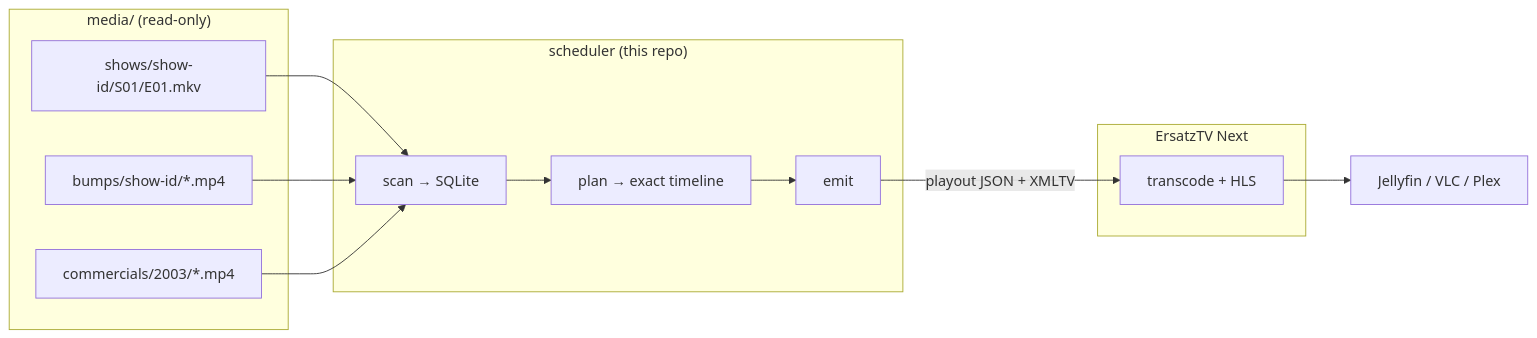
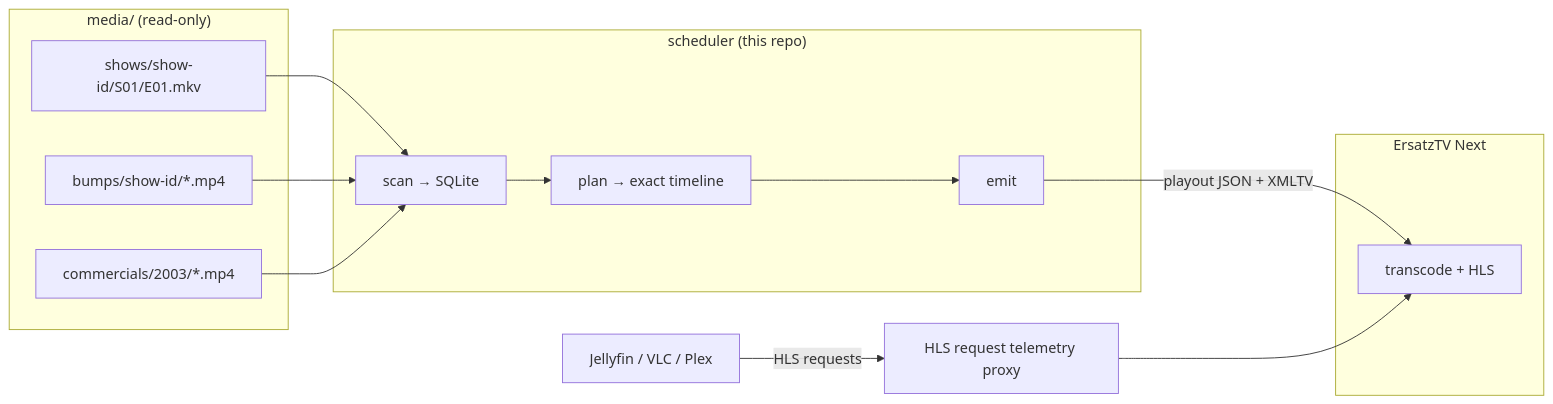
Before and after one commit to dooz-bag/nostalgia-machine: the diagram in README.md, drawn with Mermaid. The commit also changed other lines of this file and 13 other files, not shown here.

````diff
--- a/README.md
+++ b/README.md
@@ -19,18 +19,19 @@
 ```mermaid
 flowchart LR
   subgraph media["media/ (read-only)"]
     S["shows/show-id/S01/E01.mkv"]
     B["bumps/show-id/*.mp4"]
     C["commercials/2003/*.mp4"]
   end
   subgraph sched["scheduler (this repo)"]
     SCAN["scan → SQLite"] --> PLAN["plan → exact timeline"]
     PLAN --> EMIT["emit"]
   end
   subgraph play["ErsatzTV Next"]
     ETV["transcode + HLS"]
   end
+  TELEMETRY["HLS request telemetry proxy"]
   S & B & C --> SCAN
   EMIT -- "playout JSON + XMLTV" --> ETV
-  ETV --> VOD["Jellyfin / VLC / Plex"]
+  VOD["Jellyfin / VLC / Plex"] -- "HLS requests" --> TELEMETRY --> ETV
 ```
````
